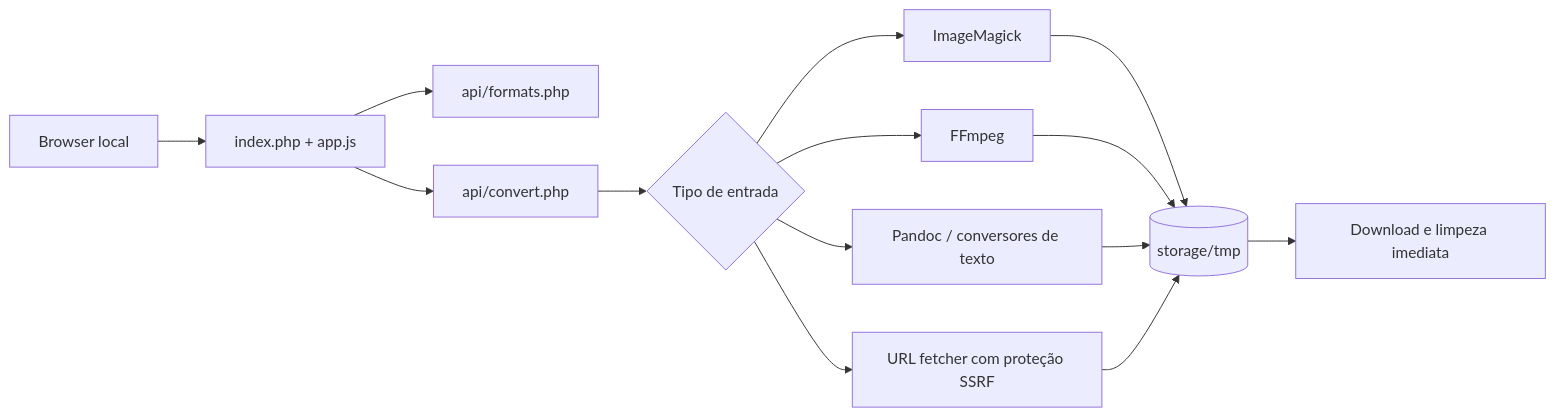
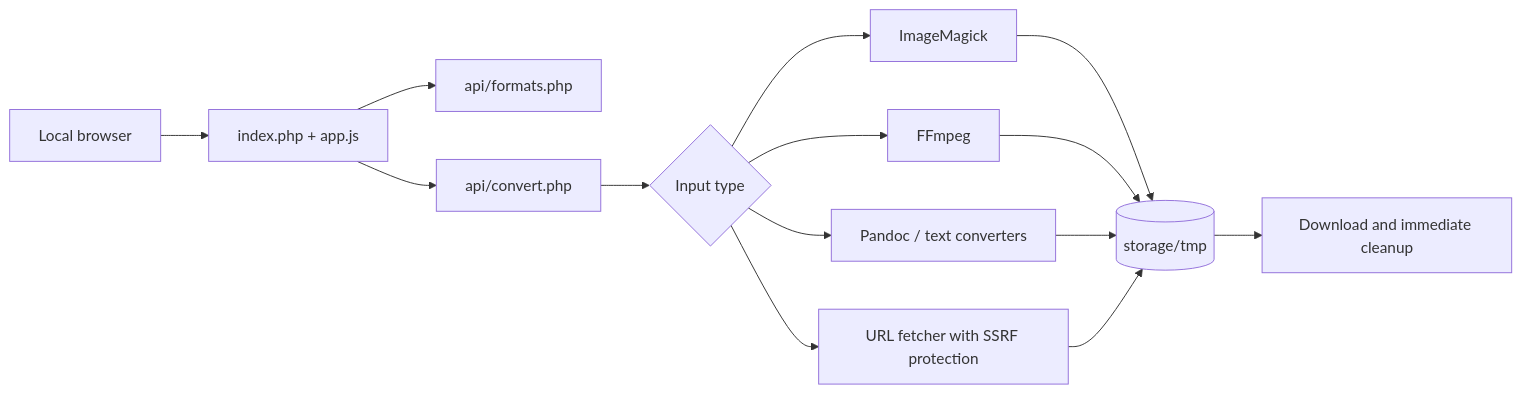
One commit to josepires-dev/UniversalConverter changed the diagram in docs/architecture.mmd. Above: the diagram before and after it, drawn with Mermaid. The commit also changed 2 other files, not shown here.

Commit message:
Translate architecture diagram to English

```diff
--- a/docs/architecture.mmd
+++ b/docs/architecture.mmd
@@ -1,14 +1,14 @@
 flowchart LR
-    Browser[Browser local] --> UI[index.php + app.js]
+    Browser[Local browser] --> UI[index.php + app.js]
     UI --> Formats[api/formats.php]
     UI --> Convert[api/convert.php]
-    Convert --> Router{Tipo de entrada}
+    Convert --> Router{Input type}
     Router --> Image[ImageMagick]
     Router --> Media[FFmpeg]
-    Router --> Docs[Pandoc / conversores de texto]
-    Router --> URL[URL fetcher com proteção SSRF]
+    Router --> Docs[Pandoc / text converters]
+    Router --> URL[URL fetcher with SSRF protection]
     Image --> Temp[(storage/tmp)]
     Media --> Temp
     Docs --> Temp
     URL --> Temp
-    Temp --> Download[Download e limpeza imediata]
+    Temp --> Download[Download and immediate cleanup]
```
